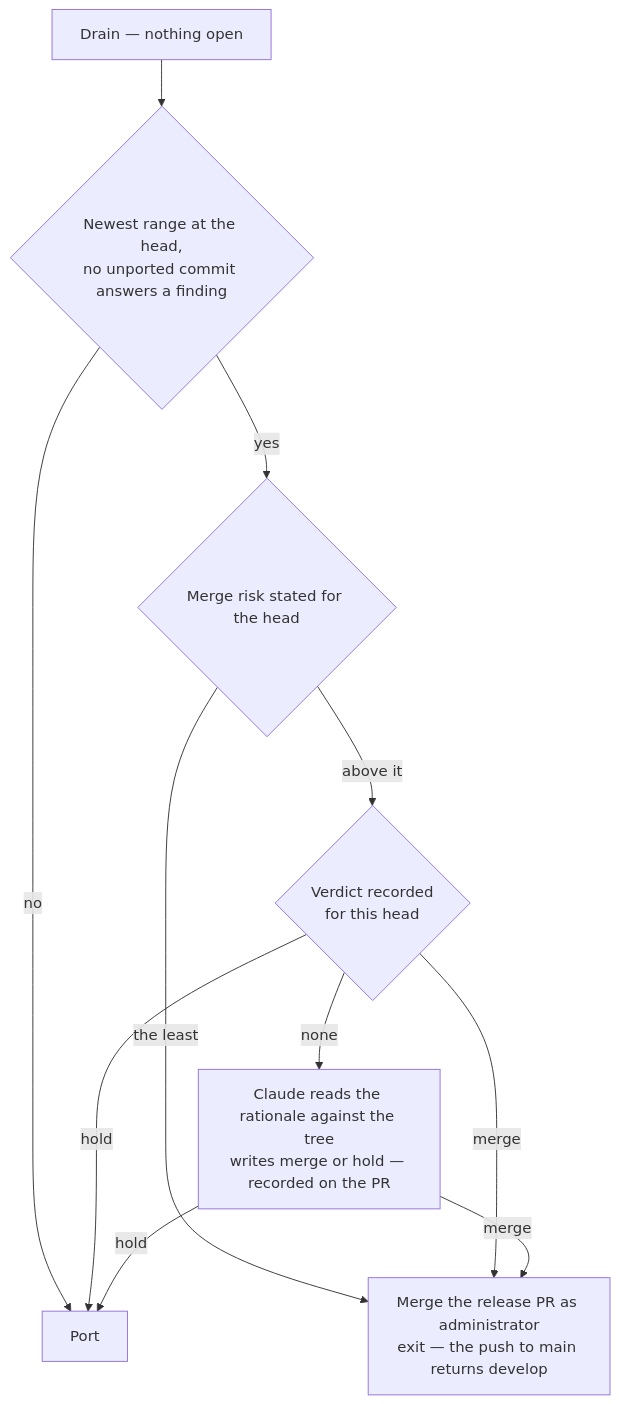
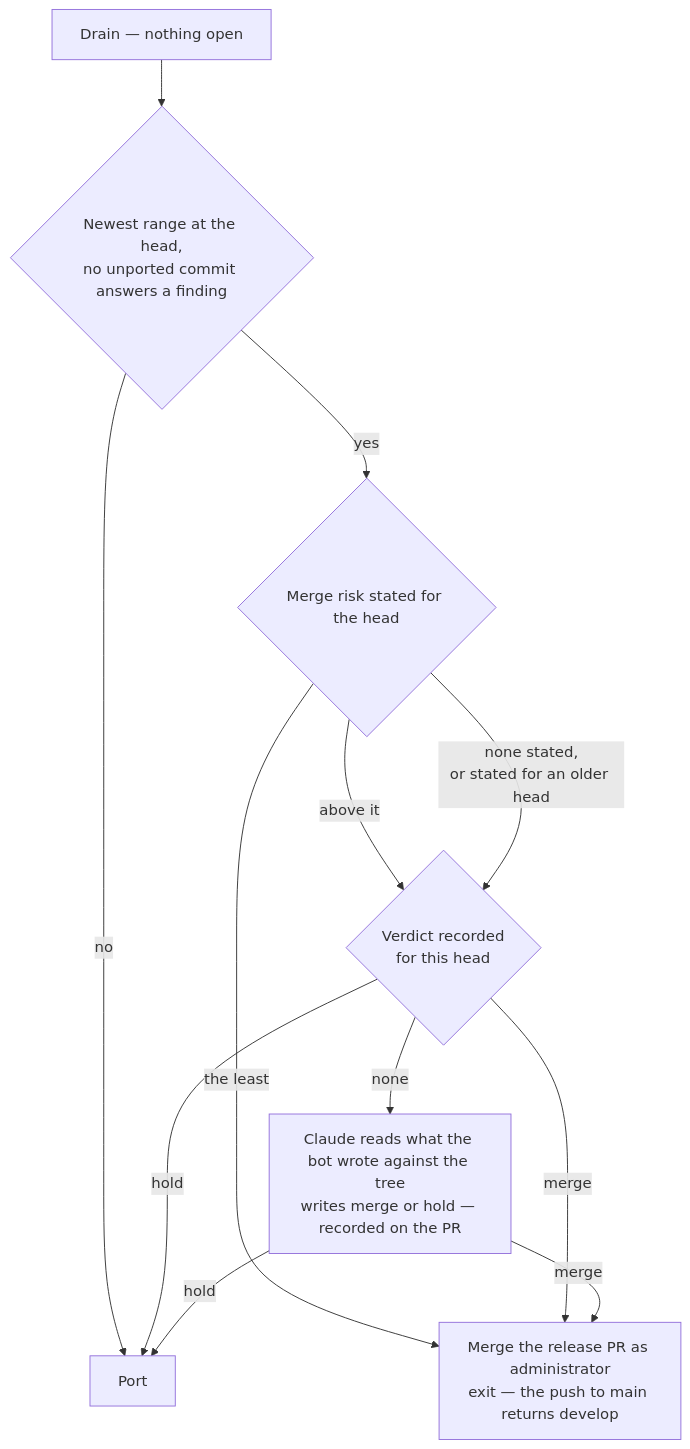
The second of 4 diagrams in apps/web/content/docs/infra/review-collector/collection-cycle.md (Esposter/Esposter), drawn with Mermaid before and after one commit. The commit also changed other lines of this file and 14 other files, not shown here.

````diff
--- a/apps/web/content/docs/infra/review-collector/collection-cycle.md
+++ b/apps/web/content/docs/infra/review-collector/collection-cycle.md
@@ -78,13 +80,14 @@
 ```mermaid
 flowchart TD
   D[Drain — nothing open] --> CL{Newest range at the head,<br/>no unported commit answers a finding}
   CL -->|no| P[Port]
   CL -->|yes| MR{Merge risk stated for the head}
   MR -->|the least| MG[Merge the release PR as administrator<br/>exit — the push to main returns develop]
   MR -->|above it| V{Verdict recorded<br/>for this head}
+  MR -->|none stated,<br/>or stated for an older head| V
   V -->|merge| MG
   V -->|hold| P
-  V -->|none| J[Claude reads the rationale against the tree<br/>writes merge or hold — recorded on the PR]
+  V -->|none| J[Claude reads what the bot wrote against the tree<br/>writes merge or hold — recorded on the PR]
   J -->|merge| MG
   J -->|hold| P
 ```
````
